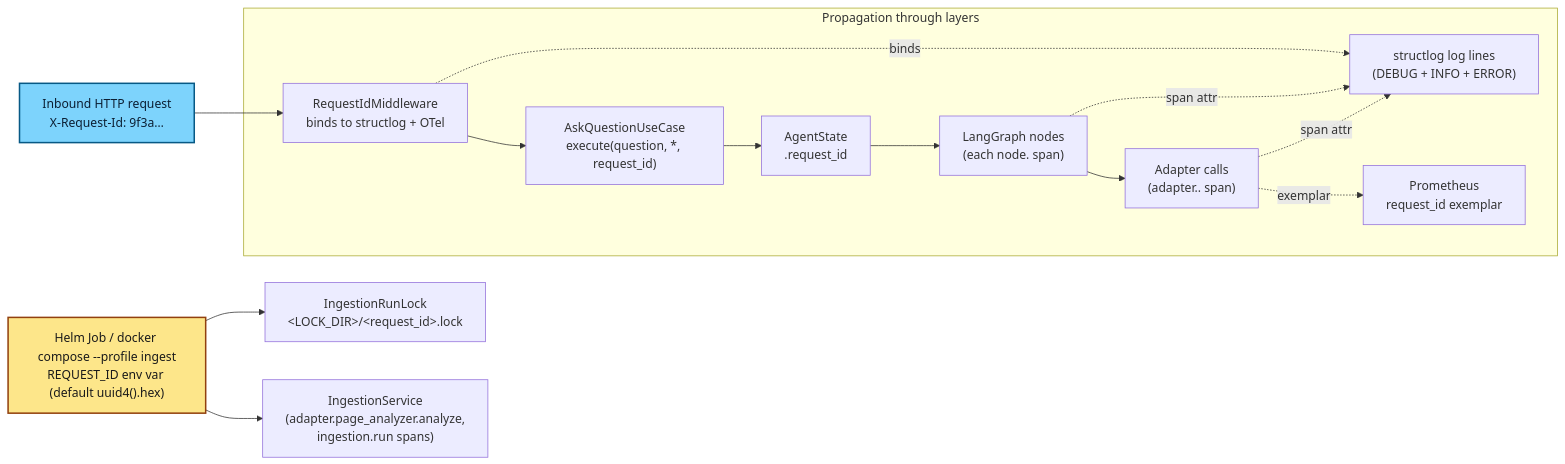
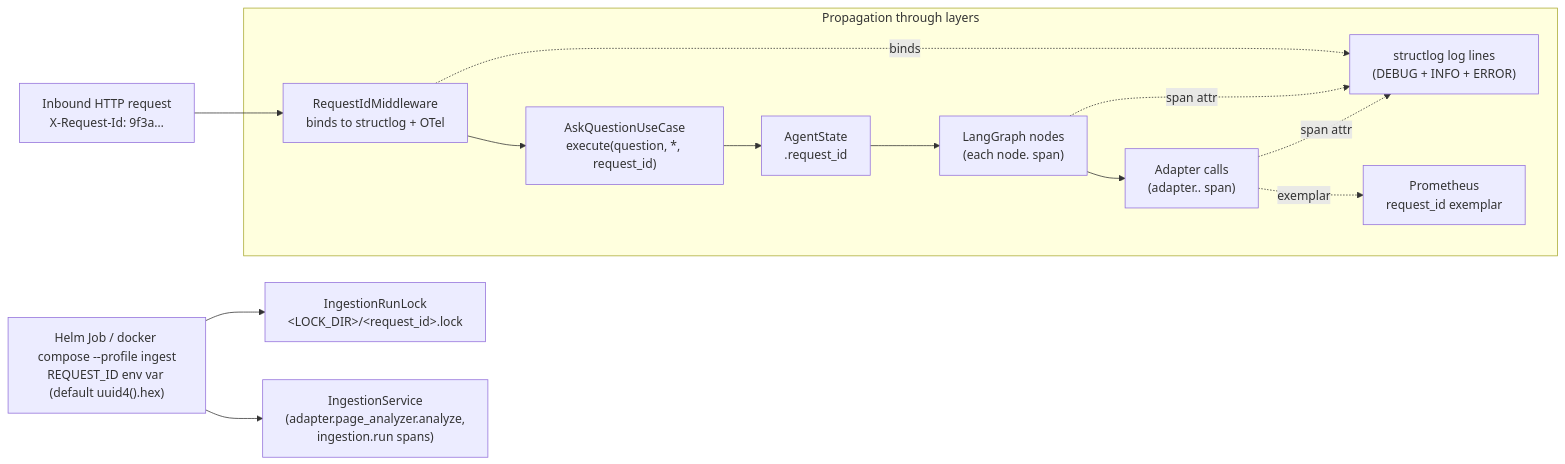
The first of 2 diagrams in docs/c4/4-deep-dive-observability.md (bruj0/support-agent), drawn with Mermaid before and after one commit. The commit also changed 11 other files, not shown here.

First line of the commit message:
fix(docs): revert all Mermaid classDef overrides; use default theme

````diff
--- a/docs/c4/4-deep-dive-observability.md
+++ b/docs/c4/4-deep-dive-observability.md
@@ -14,27 +14,25 @@
 ```mermaid
 flowchart LR
     REQ["Inbound HTTP request<br/>X-Request-Id: 9f3a…"]:::req
 
     subgraph PROPOGATION["Propagation through layers"]
         MID["RequestIdMiddleware<br/>binds to structlog + OTel"]
         UC["AskQuestionUseCase<br/>execute(question, *, request_id)"]
         ST["AgentState<br/>.request_id"]
         NODE["LangGraph nodes<br/>(each node.<name> span)"]
         ADP["Adapter calls<br/>(adapter.<port>.<method> span)"]
         LOG["structlog log lines<br/>(DEBUG + INFO + ERROR)"]
         MET["Prometheus<br/>request_id exemplar"]
     end
 
     REQ --> MID --> UC --> ST --> NODE --> ADP
     MID -.binds.-> LOG
     NODE -.span attr.-> LOG
     ADP -.span attr.-> LOG
     ADP -.exemplar.-> MET
 
     REQ_ING["Helm Job / docker compose --profile ingest<br/>REQUEST_ID env var (default uuid4().hex)"]:::ing
     REQ_ING --> LOCK["IngestionRunLock<br/>&lt;LOCK_DIR&gt;/&lt;request_id&gt;.lock"]
     REQ_ING --> ING["IngestionService<br/>(adapter.page_analyzer.analyze,<br/>ingestion.run spans)"]
 
-    classDef req fill:#7dd3fc,stroke:#075985,stroke-width:2px,color:#0c1f33;
-    classDef ing fill:#fde68a,stroke:#92400e,stroke-width:2px,color:#1a1a1a;
 ```
````
